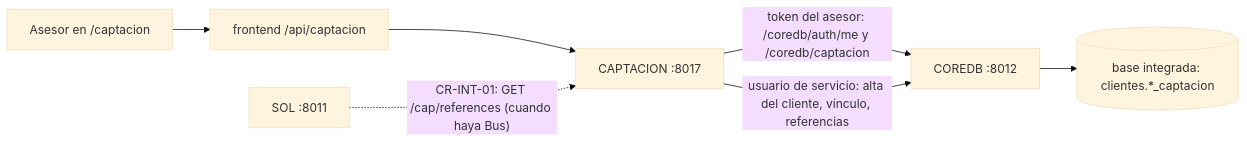
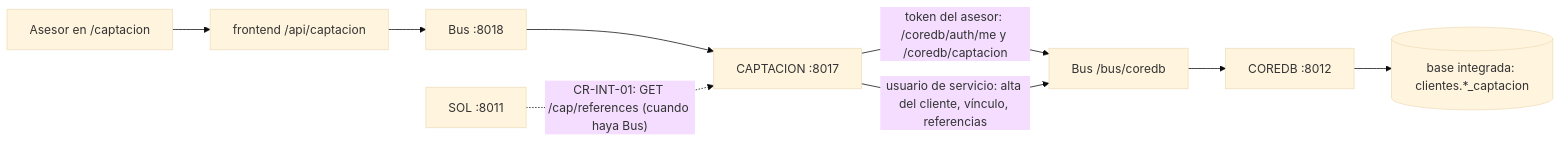
The diagram in backend/CAPTACION/README.md (SantiagoCusirramos/Banco_Nacional_Arequipa), drawn with Mermaid (base theme) before and after one commit. The commit also changed other lines of this file and 27 other files, not shown here.

First line of the commit message:
Route the modules to COREDB through the Bus

````diff
--- a/backend/CAPTACION/README.md
+++ b/backend/CAPTACION/README.md
@@ -24,8 +24,9 @@
 ```mermaid
 flowchart LR
-  ase["Asesor en /captacion"] --> fe["frontend /api/captacion"] --> cap["CAPTACION :8017"]
-  cap -->|"token del asesor: /coredb/auth/me y /coredb/captacion"| coredb["COREDB :8012"]
-  cap -->|"usuario de servicio: alta del cliente, vínculo, referencias"| coredb
+  ase["Asesor en /captacion"] --> fe["frontend /api/captacion"] --> bus1["Bus :8018"] --> cap["CAPTACION :8017"]
+  cap -->|"token del asesor: /coredb/auth/me y /coredb/captacion"| bus["Bus /bus/coredb"]
+  cap -->|"usuario de servicio: alta del cliente, vínculo, referencias"| bus
+  bus --> coredb["COREDB :8012"]
   coredb --> db[("base integrada: clientes.*_captacion")]
   sol["SOL :8011"] -.->|"CR-INT-01: GET /cap/references (cuando haya Bus)"| cap
 ```
````
